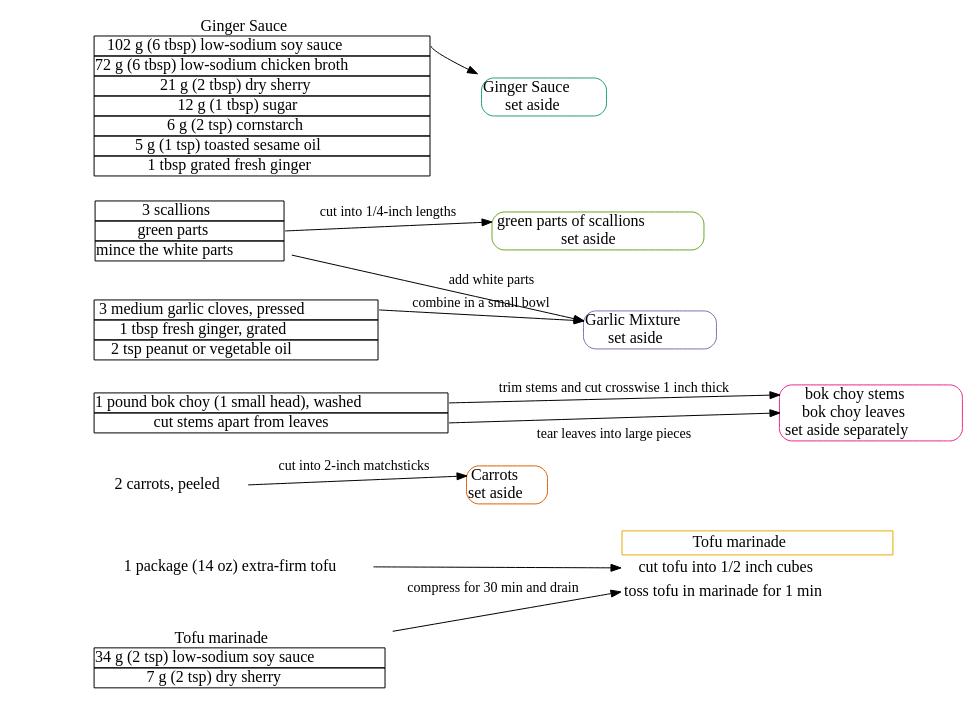
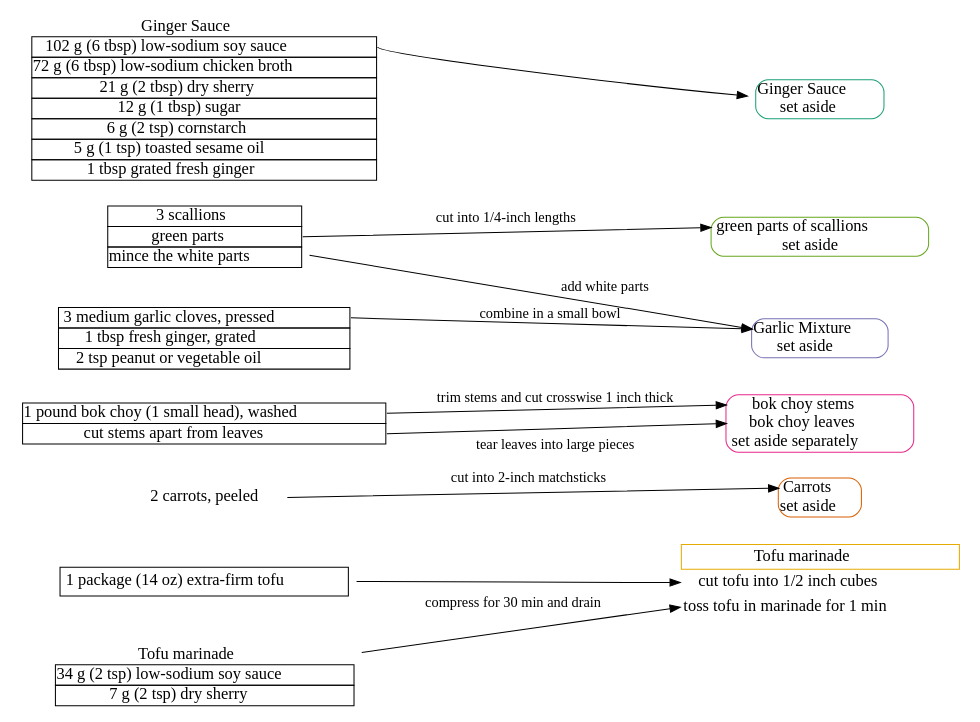
Before and after one commit to znoop333/Recipe-Flowcharts: the diagram in tofu stir fry/ingredients.dot, drawn with Graphviz.

Commit message:
fix for: ingredients should be on the left, mixtures should be on the right with two columns

```diff
--- a/tofu stir fry/ingredients.dot
+++ b/tofu stir fry/ingredients.dot
@@ -1,78 +1,77 @@
 digraph "Stir-Fried Tofu and Bok Choy in Ginger Sauce" {
 graph [ rankdir = "UD", ranksep = .1, size = 10];
 node [ fontsize = "16" shape = "plaintext", colorscheme = dark28  ];
+edge [weight = 5]
 
 splines=false
-
-//subgraph {
-//rank = same; GingerSauce; BokChoy; Tofu; Marinade; Scallions; Carrots
-//}
-
-"L1" -> "L2" -> "L3" -> "L4" -> "L5" -> "L6" -> "L7" [style=invisible,dir=none];
 
 // see: http://stackoverflow.com/questions/2271704/family-tree-layout-with-dot-graphviz
 
 "GingerSauce" [
 label = < <TABLE BORDER="0" CELLSPACING="0" CELLPADDING="0"><TR><TD  port="f0"> Ginger Sauce </TD></TR><TR><TD BORDER="1" port="f1"> 102 g (6 tbsp) low-sodium soy sauce </TD></TR><TR><TD BORDER="1" > 72 g (6 tbsp) low-sodium chicken broth </TD></TR><TR><TD BORDER="1" >  21 g (2 tbsp) dry sherry </TD></TR><TR><TD BORDER="1" > 12 g (1 tbsp) sugar </TD></TR><TR><TD BORDER="1" > 6 g (2 tsp) cornstarch </TD></TR><TR><TD BORDER="1" > 5 g (1 tsp) toasted sesame oil </TD></TR><TR><TD BORDER="1" > 1 tbsp grated fresh ginger </TD></TR></TABLE>> ];
 "GingerSauce":f1 -> GingerSauce1
 "GingerSauce1" [ label = < <TABLE BORDER="1" CELLSPACING="0" CELLPADDING="0"  STYLE="ROUNDED"><TR><TD BORDER="0"  port="f0"> Ginger Sauce </TD></TR><TR><TD BORDER="0" port="f1"> set aside</TD></TR></TABLE>>, color=1 ];
 
 
-"Tofu" [label = "1 package (14 oz) extra-firm tofu"];
+"Tofu" [label = < <TABLE BORDER="1"><TR><TD BORDER="0" >1 package (14 oz) extra-firm tofu</TD></TR></TABLE> >];
 "Tofu":e -> "Tofu1":f0 [label = "compress for 30 min and drain" ];
 "Tofu1" [
 shape = plaintext,
 label = < <TABLE BORDER="0"><TR><TD BORDER="1"> Tofu marinade </TD></TR><TR><TD  port="f0"> cut tofu into 1/2 inch cubes </TD></TR><TR><TD  port="f1"> toss tofu in marinade for 1 min </TD></TR></TABLE>>, style=rounded, color=6
 ];
 "Marinade" -> "Tofu1":f1 [constraint=false];
 
 
 "Marinade" [
 shape = plaintext,
 label = < <TABLE BORDER="0" CELLSPACING="0" CELLPADDING="0"><TR><TD> Tofu marinade </TD></TR><TR><TD BORDER="1" port="f0"> 34 g (2 tsp) low-sodium soy sauce </TD></TR><TR><TD BORDER="1" port="f1"> 7 g (2 tsp) dry sherry </TD></TR></TABLE>>
 ];
 
 "Scallions" [ shape = plaintext, label = < <TABLE BORDER="0" CELLSPACING="0" CELLPADDING="0"><TR><TD BORDER="1"  port="f0">  3 scallions </TD></TR><TR><TD  BORDER="1" port="f2">  green parts </TD></TR><TR><TD BORDER="1"  port="f1"> mince the white parts</TD></TR></TABLE>> ];
 "Scallions1" [ label = < <TABLE BORDER="1" CELLSPACING="0" CELLPADDING="0" STYLE="ROUNDED"><TR><TD BORDER="0"  port="f0">  green parts of scallions </TD></TR><TR><TD BORDER="0" port="f1">set aside</TD></TR></TABLE>> ,  color=5];
 "Scallions" -> "GarlicMixture1":f0 [label = "add white parts", constraint=false];
 "Scallions":f2 -> "Scallions1":f0 [label = "cut into 1/4-inch lengths" ];
 
 "GarlicMixture" [ label = < <TABLE BORDER="0" CELLSPACING="0" CELLPADDING="0"><TR><TD BORDER="1"  port="f0">  3 medium garlic cloves, pressed </TD></TR><TR><TD BORDER="1" port="f1"> 1 tbsp fresh ginger, grated </TD></TR><TR><TD BORDER="1" port="f2"> 2 tsp peanut or vegetable oil </TD></TR></TABLE>> ];
 
 "GarlicMixture":f0 -> "GarlicMixture1":f0 [label = "combine in a small bowl"];
 "GarlicMixture1" [label = < <TABLE BORDER="1" CELLSPACING="0" CELLPADDING="0" STYLE="ROUNDED"><TR><TD BORDER="0"  port="f0"> Garlic Mixture </TD></TR><TR><TD BORDER="0" port="f1"> set aside </TD></TR></TABLE>> , color=3 ];
 
 
 
 "BokChoy" [  label = < <TABLE BORDER="0" CELLSPACING="0" CELLPADDING="0"><TR><TD BORDER="1"  port="f0"> 1 pound bok choy (1 small head), washed </TD></TR><TR><TD BORDER="1" port="f1"> cut stems apart from leaves</TD></TR></TABLE>> ];
 "BokChoy1" [ label =< <TABLE BORDER="1" CELLSPACING="0" CELLPADDING="0" STYLE="ROUNDED"><TR><TD BORDER="0"  port="f0">bok choy stems </TD></TR><TR><TD BORDER="0" port="f1">  bok choy leaves </TD></TR><TR><TD BORDER="0">  set aside separately </TD></TR></TABLE>>, color=4];
 "BokChoy":f0 -> "BokChoy1":f0 [label = "trim stems and cut crosswise 1 inch thick" ];
 "BokChoy":f1 -> "BokChoy1":f1 [label = "tear leaves into large pieces" ];
 
 
 "Carrots" [ label = "2 carrots, peeled "];
 "Carrots1" [ shape = plaintext,
  label = < <TABLE BORDER="1" CELLSPACING="0" CELLPADDING="0" STYLE="ROUNDED"><TR><TD BORDER="0"  port="f0"> Carrots </TD></TR> <TR><TD BORDER="0" port="f1"> set aside</TD></TR></TABLE>> , style=rounded, color=2];
 "Carrots":e -> "Carrots1":f0 [label = "cut into 2-inch matchsticks" ];
 
-//edge [style=invisible,dir=none];
-L1 [style=invisible];
-L2 [style=invisible];
-L3 [style=invisible];
-L4 [style=invisible];
-L5 [style=invisible];
-L6 [style=invisible];
-L7 [style=invisible];
 
-{rank=same; "L1"; "GingerSauce"; "GingerSauce1"};
-{rank=same; "L2"; "Scallions"; "Scallions1"};
-{rank=same; "L3"; "GarlicMixture"; "GarlicMixture1"};
-{rank=same; "L4"; "BokChoy"; "BokChoy1"};
-{rank=same; "L5"; "Carrots"; "Carrots1"};
-{rank=same; "L6"; "Tofu"; "Tofu1"};
-{rank=same; "L7"; "Marinade"};
+{
+    edge [style=invisible,dir=none, weight=50];
+    // node [shape=none, width=0, height=0, label=""];
+    "GingerSauce" -> "Scallions" -> "GarlicMixture" -> "BokChoy" -> "Carrots" -> "Tofu" -> "Marinade";
+}
+
+{rank=same; "GingerSauce"; "GingerSauce1"};
+{rank=same; "Scallions"; "Scallions1"};
+{rank=same; "GarlicMixture"; "GarlicMixture1"};
+{rank=same; "BokChoy"; "BokChoy1"};
+{rank=same; "Carrots"; "Carrots1"};
+{rank=same; "Tofu"; "Tofu1"};
+{rank=same; "Marinade"};
+
+{
+    edge [style=invisible,dir=none, weight=50];
+
+    "GingerSauce1" -> "Scallions1" -> "GarlicMixture1" -> "BokChoy1" -> "Carrots1" -> "Tofu1" ;
+}
 
 //{rank=same; "L7"; "Carrots"; "Carrots1"};
 
 
 }
```
